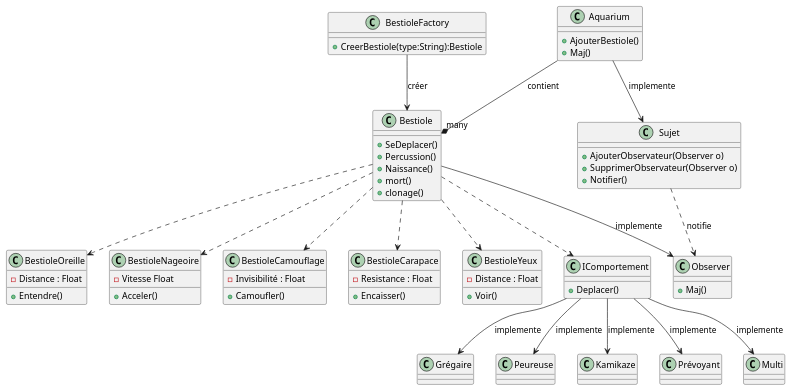
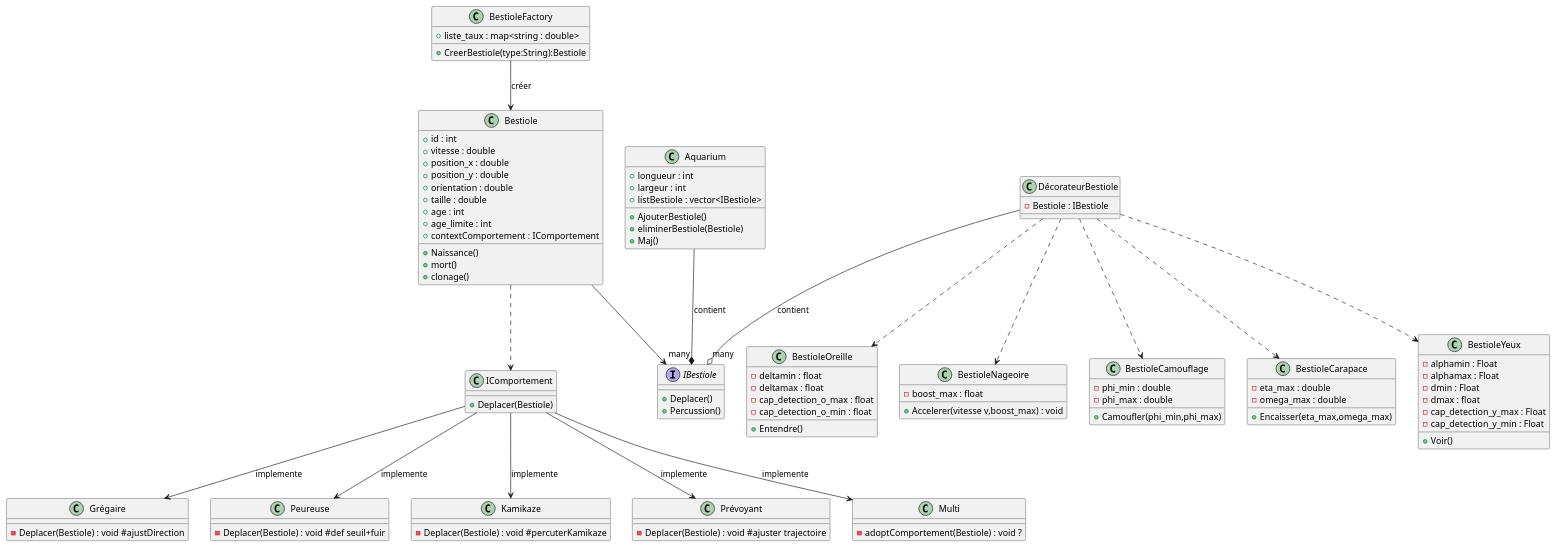
Before and after one commit to Faberra57/BE: the diagram in diagramme.puml, drawn with PlantUML.

Commit message:
update diagramme

```diff
--- a/diagramme.puml
+++ b/diagramme.puml
@@ -1,98 +1,125 @@
-@startuml
+@startuml dd
 
 class BestioleFactory {
+  + liste_taux : map<string : double>
+
   + CreerBestiole(type:String):Bestiole
 }
 
 class Bestiole {
-  + SeDeplacer()
-  + Percussion()
-  + Naissance()
-  + mort()
-  + clonage()
+    + id : int
+    + vitesse : double
+    + position_x : double
+    + position_y : double
+    + orientation : double
+    + taille : double
+    + age : int
+    + age_limite : int
+    + Naissance()
+    + mort()
+    + clonage()
+    + contextComportement : IComportement
 }
 
 class Aquarium {
+ + longueur : int
+ + largeur : int
+ + listBestiole : vector<IBestiole>
+
  +AjouterBestiole()
+ +eliminerBestiole(Bestiole)
  +Maj()
 }
 
-class Sujet {
-    +AjouterObservateur(Observer o)
-    +SupprimerObservateur(Observer o)
-    +Notifier()
+class BestioleOreille {
+    - deltamin : float
+    - deltamax : float
+    - cap_detection_o_max : float
+    - cap_detection_o_min : float
+    + Entendre()
+
 }
 
-class Observer {
-  +Maj()
-}
-
-class BestioleOreille {
-    -Distance : Float
-    +Entendre()
-}
-
-class BestioleNageoire {
-    -Vitesse Float  
-    +Acceler()
+class BestioleNageoire {  
+    - boost_max : float
+    + Accelerer(vitesse v,boost_max) : void
 }
 
 class BestioleCamouflage {
-  - Invisibilité : Float
-  + Camoufler()
+  - phi_min : double
+  - phi_max : double
+  + Camoufler(phi_min,phi_max)
 }
 
 class BestioleCarapace {
-  - Resistance : Float
-  + Encaisser()
+  - eta_max : double
+  - omega_max : double
+  + Encaisser(eta_max,omega_max)
 }
 
 class BestioleYeux {
-  - Distance : Float
+  - alphamin : Float
+  - alphamax : Float
+  - dmin : Float
+  - dmax : float
+  - cap_detection_y_max : Float
+  - cap_detection_y_min : Float
   + Voir()
 }
 
 class IComportement {
-  + Deplacer()
+  + Deplacer(Bestiole)
 }
 
 class Grégaire {
+    -Deplacer(Bestiole) : void #ajustDirection
 
 }
 
 class Peureuse{
+    -Deplacer(Bestiole) : void #def seuil+fuir
 
 }
 
 class Kamikaze{
+    -Deplacer(Bestiole) : void #percuterKamikaze
+}
+
+class Prévoyant{
+    -Deplacer(Bestiole) : void #ajuster trajectoire
 
 }
 
-class Prévoyant{
+Interface IBestiole{
+  +Deplacer()
+  +Percussion()
+}
 
+class DécorateurBestiole{
+  - Bestiole : IBestiole 
 }
 
 class Multi{
-
+    -adoptComportement(Bestiole) : void ?
 }
 
 BestioleFactory --> Bestiole : créer
-Bestiole ..> BestioleOreille
-Bestiole ..> BestioleNageoire
-Bestiole ..> BestioleCamouflage
-Bestiole ..> BestioleCarapace
-Bestiole ..> BestioleYeux
-Bestiole --> Observer: implemente
+DécorateurBestiole ..> BestioleOreille
+DécorateurBestiole ..> BestioleNageoire
+DécorateurBestiole ..> BestioleCamouflage
+DécorateurBestiole ..> BestioleCarapace
+DécorateurBestiole ..> BestioleYeux
 Bestiole ..> IComportement
 
 IComportement --> Grégaire: implemente
 IComportement --> Peureuse: implemente
 IComportement --> Kamikaze: implemente
 IComportement --> Prévoyant: implemente
 IComportement --> Multi: implemente
+Bestiole --> IBestiole
 
-Aquarium --* "many" Bestiole : contient
-Aquarium --> Sujet : implemente
-Sujet ..> Observer : notifie
+
+Aquarium --* "many" IBestiole : contient
+DécorateurBestiole --o "many" IBestiole : contient
 
 @enduml
```
